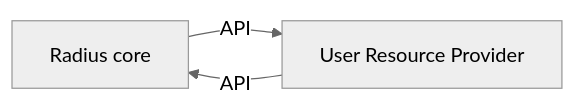
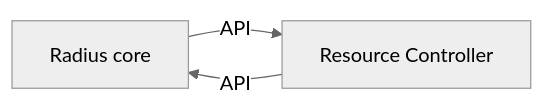
One commit to radius-project/design-notes changed the diagram in architecture/2023-06-arch-vnext.md. Above: the diagram before and after it, drawn with Mermaid (neutral theme). The commit also changed other lines of this file, not shown here.

Commit message:
renamed User RP

````diff
--- a/architecture/2023-06-arch-vnext.md
+++ b/architecture/2023-06-arch-vnext.md
@@ -113,5 +114,5 @@
 ```mermaid
 graph LR
-	A[Radius core] -- API --> B[User Resource Provider]
+	A[Radius core] -- API --> B[Resource Controller]
 	B -- API --> A
 ```
````
